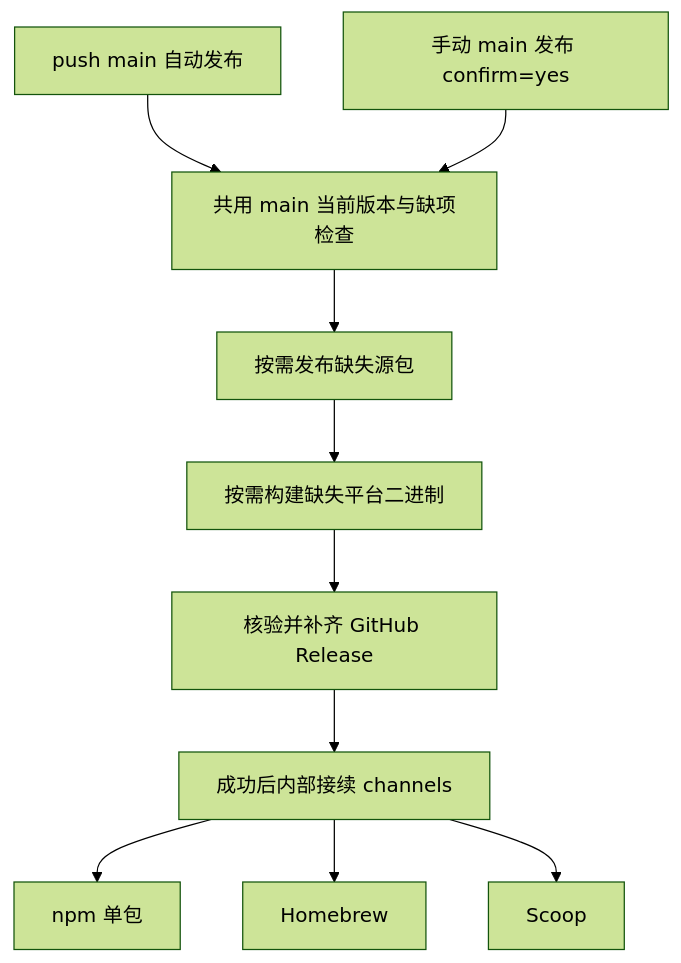
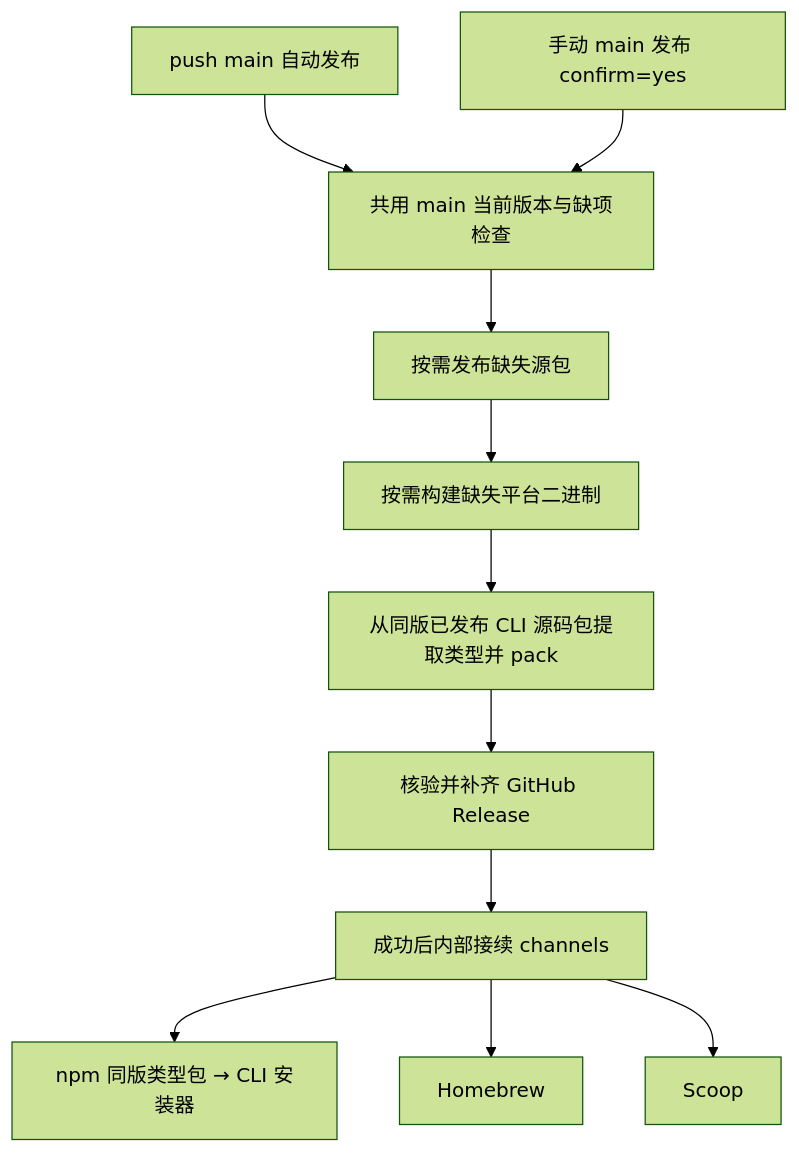
The diagram in docs/operations/releasing.md (zerobiubiu/kenvoy), drawn with Mermaid (forest theme) before and after one commit. The commit also changed other lines of this file and 74 other files, not shown here.

````diff
--- a/docs/operations/releasing.md
+++ b/docs/operations/releasing.md
@@ -50,12 +50,13 @@
 ```mermaid
 flowchart TD
   A[push main 自动发布] --> C[共用 main 当前版本与缺项检查]
   B[手动 main 发布 confirm=yes] --> C
   C --> D[按需发布缺失源包]
   D --> E[按需构建缺失平台二进制]
-  E --> F[核验并补齐 GitHub Release]
+  E --> T[从同版已发布 CLI 源码包提取类型并 pack]
+  T --> F[核验并补齐 GitHub Release]
   F --> G[成功后内部接续 channels]
-  G --> H[npm 单包]
+  G --> H[npm 同版类型包 → CLI 安装器]
   G --> I[Homebrew]
   G --> J[Scoop]
 ```
````
